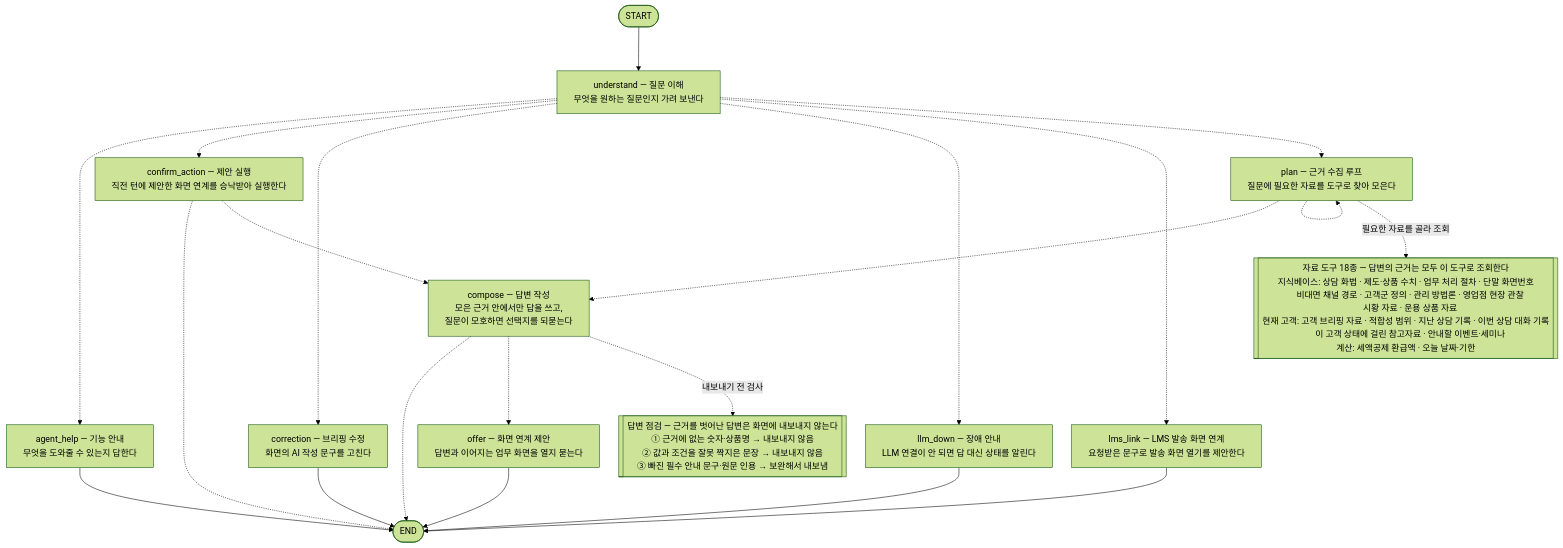
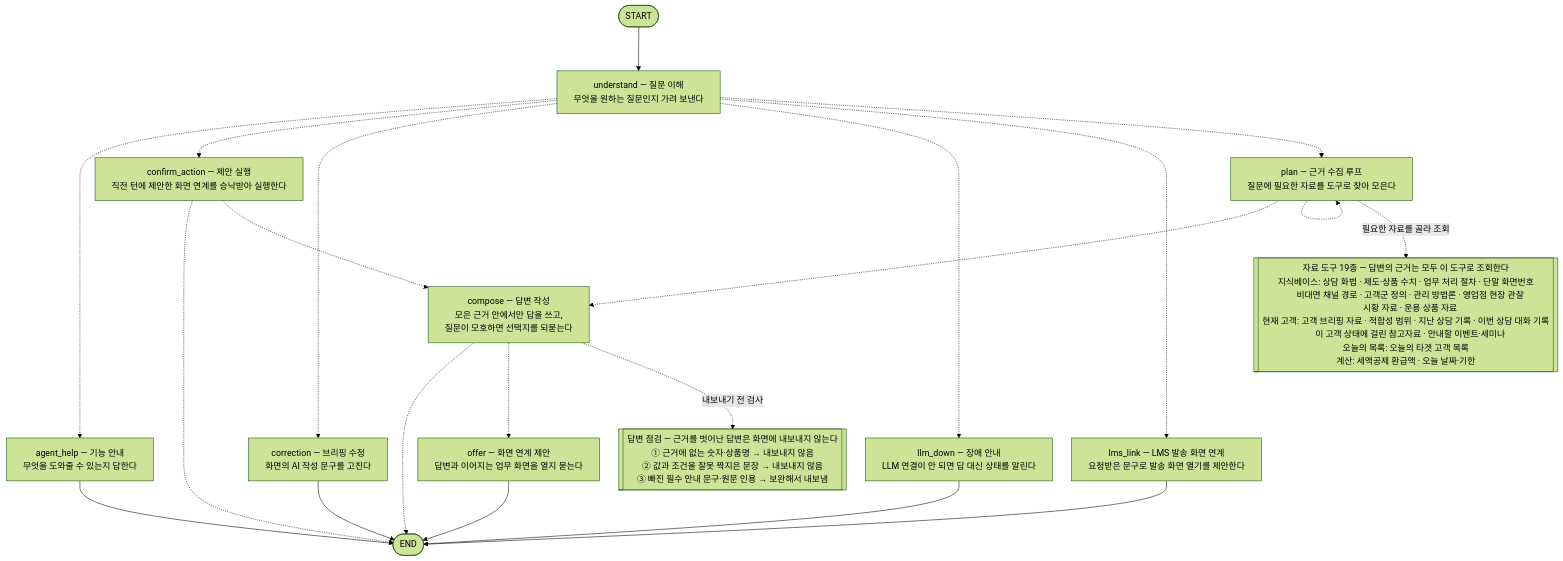
One commit to 09sunwoo-a/Pension_agent changed the diagram in src/pension_agent/consult_agent/README.md. Above: the diagram before and after it, drawn with Mermaid (forest theme). The commit also changed 14 other files, not shown here.

````diff
--- a/src/pension_agent/consult_agent/README.md
+++ b/src/pension_agent/consult_agent/README.md
@@ -177,37 +177,37 @@
 ```mermaid
 %%{init: {"flowchart": {"wrappingWidth": 800, "nodeSpacing": 35, "rankSpacing": 80}}}%%
 flowchart TD
     __start__([START])
     understand["understand — 질문 이해<br/>무엇을 원하는 질문인지 가려 보낸다"]
     agent_help["agent_help — 기능 안내<br/>무엇을 도와줄 수 있는지 답한다"]
     plan["plan — 근거 수집 루프<br/>질문에 필요한 자료를 도구로 찾아 모은다"]
     compose["compose — 답변 작성<br/>모은 근거 안에서만 답을 쓰고,<br/>질문이 모호하면 선택지를 되묻는다"]
     lms_link["lms_link — LMS 발송 화면 연계<br/>요청받은 문구로 발송 화면 열기를 제안한다"]
     correction["correction — 브리핑 수정<br/>화면의 AI 작성 문구를 고친다"]
     llm_down["llm_down — 장애 안내<br/>LLM 연결이 안 되면 답 대신 상태를 알린다"]
     confirm_action["confirm_action — 제안 실행<br/>직전 턴에 제안한 화면 연계를 승낙받아 실행한다"]
     offer["offer — 화면 연계 제안<br/>답변과 이어지는 업무 화면을 열지 묻는다"]
     __end__([END])
     __start__ --> understand
     compose -.-> __end__
     compose -.-> offer
     confirm_action -.-> __end__
     confirm_action -.-> compose
     plan -.-> compose
     plan -.-> plan
     understand -.-> agent_help
     understand -.-> confirm_action
     understand -.-> correction
     understand -.-> llm_down
     understand -.-> lms_link
     understand -.-> plan
     agent_help --> __end__
     correction --> __end__
     llm_down --> __end__
     lms_link --> __end__
     offer --> __end__
-    tools[["자료 도구 18종 — 답변의 근거는 모두 이 도구로 조회한다<br/>지식베이스: 상담 화법 · 제도·상품 수치 · 업무 처리 절차 · 단말 화면번호<br/>&nbsp;&nbsp;&nbsp;&nbsp;비대면 채널 경로 · 고객군 정의 · 관리 방법론 · 영업점 현장 관찰<br/>&nbsp;&nbsp;&nbsp;&nbsp;시황 자료 · 운용 상품 자료<br/>현재 고객: 고객 브리핑 자료 · 적합성 범위 · 지난 상담 기록 · 이번 상담 대화 기록<br/>&nbsp;&nbsp;&nbsp;&nbsp;이 고객 상태에 걸린 참고자료 · 안내할 이벤트·세미나<br/>계산: 세액공제 환급액 · 오늘 날짜·기한"]]
+    tools[["자료 도구 19종 — 답변의 근거는 모두 이 도구로 조회한다<br/>지식베이스: 상담 화법 · 제도·상품 수치 · 업무 처리 절차 · 단말 화면번호<br/>&nbsp;&nbsp;&nbsp;&nbsp;비대면 채널 경로 · 고객군 정의 · 관리 방법론 · 영업점 현장 관찰<br/>&nbsp;&nbsp;&nbsp;&nbsp;시황 자료 · 운용 상품 자료<br/>현재 고객: 고객 브리핑 자료 · 적합성 범위 · 지난 상담 기록 · 이번 상담 대화 기록<br/>&nbsp;&nbsp;&nbsp;&nbsp;이 고객 상태에 걸린 참고자료 · 안내할 이벤트·세미나<br/>오늘의 목록: 오늘의 타겟 고객 목록<br/>계산: 세액공제 환급액 · 오늘 날짜·기한"]]
     plan -. "필요한 자료를 골라 조회" .-> tools
     gates[["답변 점검 — 근거를 벗어난 답변은 화면에 내보내지 않는다<br/>① 근거에 없는 숫자·상품명 → 내보내지 않음<br/>② 값과 조건을 잘못 짝지은 문장 → 내보내지 않음<br/>③ 빠진 필수 안내 문구·원문 인용 → 보완해서 내보냄"]]
     compose -. "내보내기 전 검사" .-> gates
 ```
````
